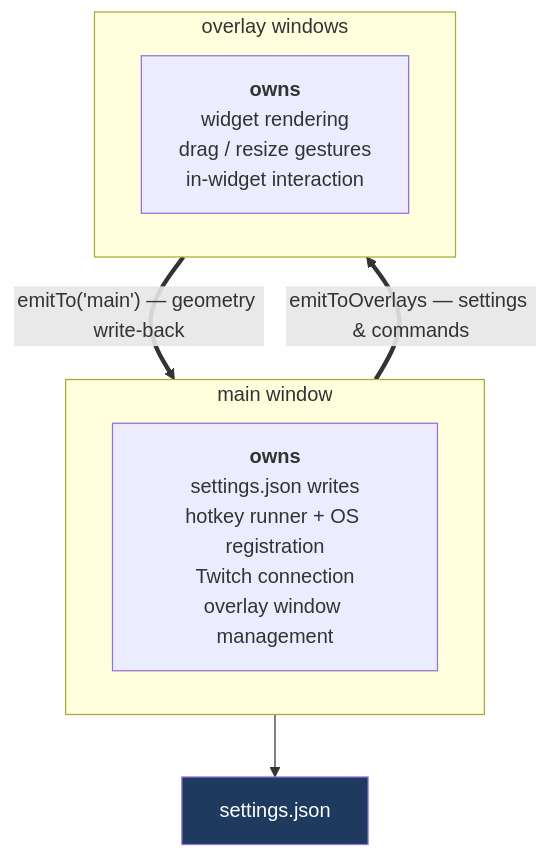
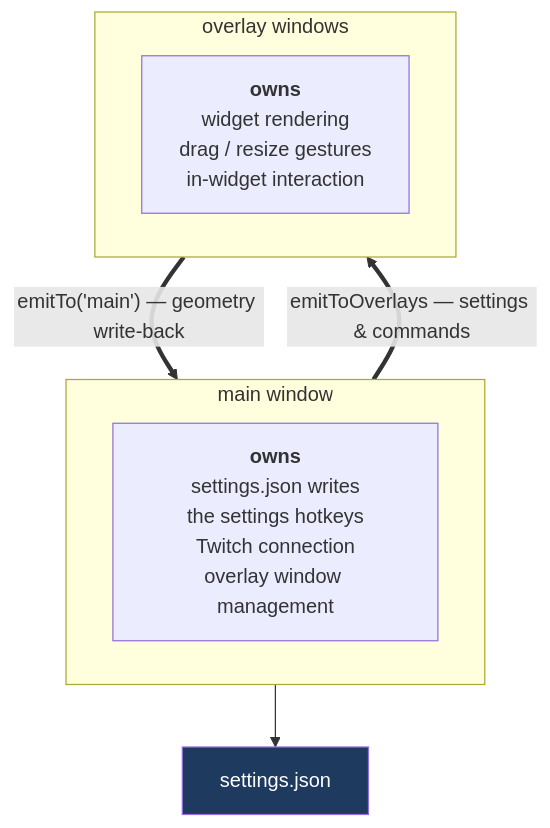
One commit to mvoof/Marble-Trace changed diagram 19 of 24 in docs/architecture.md. Above: the diagram before and after it, drawn with Mermaid. The commit also changed other lines of this file and 63 other files, not shown here.

````diff
--- a/docs/architecture.md
+++ b/docs/architecture.md
@@ -1468,16 +1470,16 @@
 ```mermaid
 flowchart TB
     subgraph MAIN["main window"]
-        MOWN["<b>owns</b><br/>settings.json writes<br/>hotkey runner + OS registration<br/>Twitch connection<br/>overlay window management"]
+        MOWN["<b>owns</b><br/>settings.json writes<br/>the settings hotkeys<br/>Twitch connection<br/>overlay window management"]
     end
     subgraph OVL["overlay windows"]
         OOWN["<b>owns</b><br/>widget rendering<br/>drag / resize gestures<br/>in-widget interaction"]
     end
     DISK["settings.json"]
 
     MAIN ==>|"emitToOverlays — settings &amp; commands"| OVL
     OVL ==>|"emitTo('main') — geometry write-back"| MAIN
     MAIN --> DISK
 
     style DISK fill:#1e3a5f,color:#fff
 ```
````
